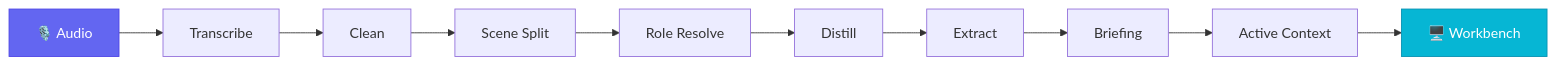
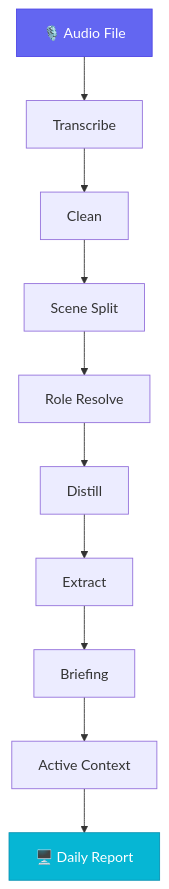
One commit to openmy-ai/openmy changed the diagram in README.en.md. Above: the diagram before and after it, drawn with Mermaid. The commit also changed other lines of this file and 1 other file, not shown here.

Commit message:
docs: README v3 — 纵向流程图+聚焦功能说明+砍实现细节

````diff
--- a/README.en.md
+++ b/README.en.md
@@ -51,15 +36,15 @@
 ```mermaid
-graph LR
-    A[🎙️ Audio] --> B[Transcribe]
-    B --> C[Clean]
-    C --> D[Scene Split]
-    D --> E[Role Resolve]
-    E --> F[Distill]
-    F --> G[Extract]
-    G --> H[Briefing]
-    H --> I[Active Context]
-    I --> J[🖥️ Workbench]
+graph TD
+    A["🎙️ Audio File"] --> B["Transcribe"]
+    B --> C["Clean"]
+    C --> D["Scene Split"]
+    D --> E["Role Resolve"]
+    E --> F["Distill"]
+    F --> G["Extract"]
+    G --> H["Briefing"]
+    H --> I["Active Context"]
+    I --> J["🖥️ Daily Report"]
 
     style A fill:#6366f1,stroke:#4f46e5,color:#fff
     style J fill:#06b6d4,stroke:#0891b2,color:#fff
 ```
````
